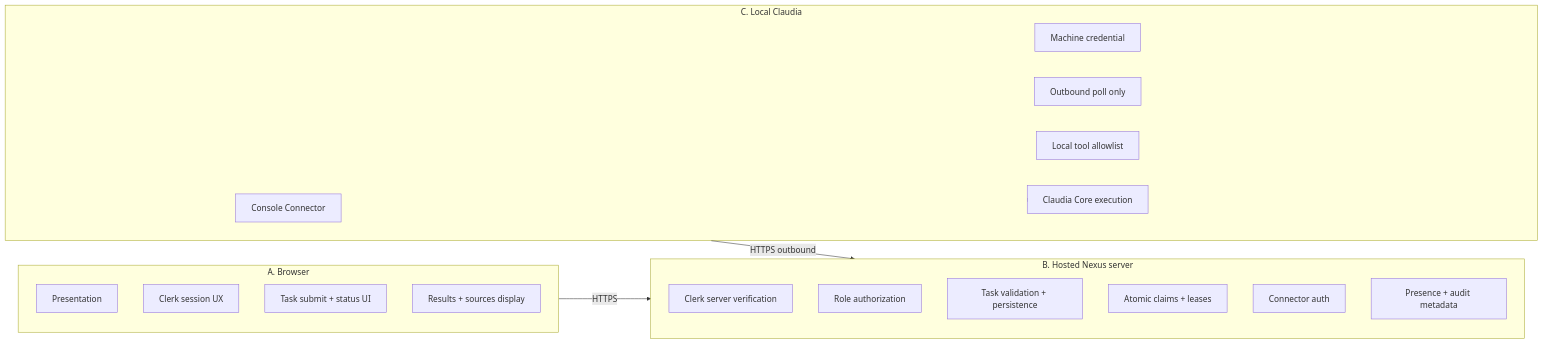
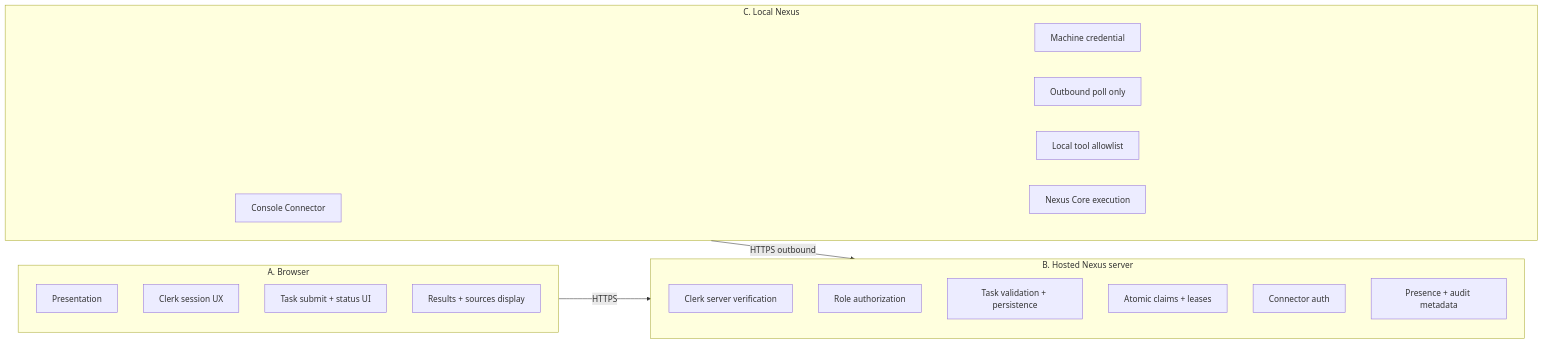
One commit to bretthoffmansage/nexus changed the fifth of 8 diagrams in docs/specs/nexus_hosted_console_architecture_audit_v1.md. Above: the diagram before and after it, drawn with Mermaid. The commit also changed other lines of this file and 208 other files, not shown here.

````diff
--- a/docs/specs/nexus_hosted_console_architecture_audit_v1.md
+++ b/docs/specs/nexus_hosted_console_architecture_audit_v1.md
@@ -451,30 +451,30 @@
 ```mermaid
 flowchart LR
   subgraph A["A. Browser"]
     A1[Presentation]
     A2[Clerk session UX]
     A3[Task submit + status UI]
     A4[Results + sources display]
   end
 
   subgraph B["B. Hosted Nexus server"]
     B1[Clerk server verification]
     B2[Role authorization]
     B3[Task validation + persistence]
     B4[Atomic claims + leases]
     B5[Connector auth]
     B6[Presence + audit metadata]
   end
 
-  subgraph C["C. Local Claudia"]
+  subgraph C["C. Local Nexus"]
     C1[Console Connector]
     C2[Machine credential]
     C3[Outbound poll only]
     C4[Local tool allowlist]
-    C5[Claudia Core execution]
+    C5[Nexus Core execution]
   end
 
   A -->|HTTPS| B
   C -->|HTTPS outbound| B
   C --> C5
 ```
````
